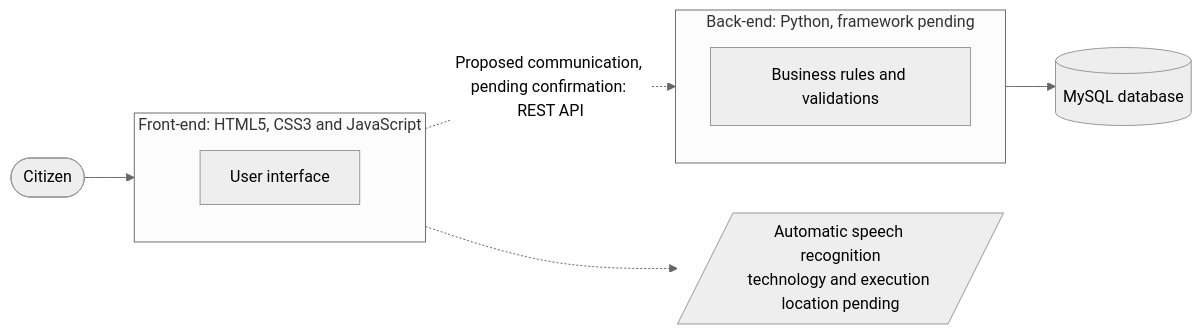
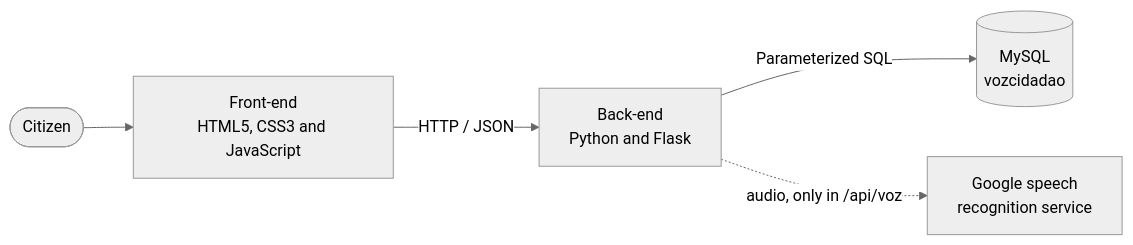
One commit to Dudad771/ProjetoVozCidadao changed the fifth of 6 diagrams in README.md. Above: the diagram before and after it, drawn with Mermaid (neutral theme). The commit also changed other lines of this file, not shown here.

````diff
--- a/README.md
+++ b/README.md
@@ -816,19 +934,7 @@
 ```mermaid
 flowchart LR
-    U([Citizen]) --> FE
-
-    subgraph FE["Front-end: HTML5, CSS3 and JavaScript"]
-        UI[User interface]
-    end
-
-    ASR[/"Automatic speech recognition<br/>technology and execution location pending"/]
-    FE -.-> ASR
-
-    FE -. "Proposed communication, pending confirmation: REST API" .-> BE
-
-    subgraph BE["Back-end: Python, framework pending"]
-        RN[Business rules and validations]
-    end
-
-    BE --> DB[("MySQL database")]
+    U([Citizen]) --> F[Front-end<br/>HTML5, CSS3 and JavaScript]
+    F -- "HTTP / JSON" --> B[Back-end<br/>Python and Flask]
+    B -- "Parameterized SQL" --> D[(MySQL<br/>vozcidadao)]
+    B -. "audio, only in /api/voz" .-> G[Google speech<br/>recognition service]
 ```
````
